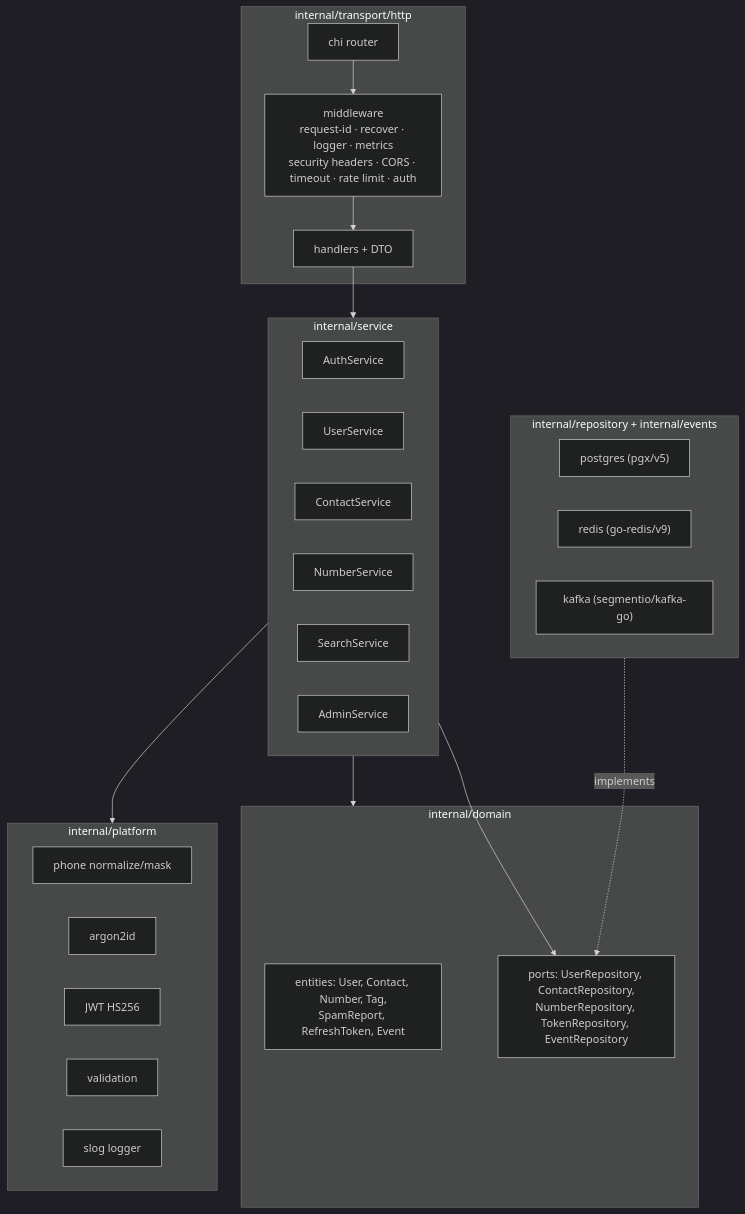
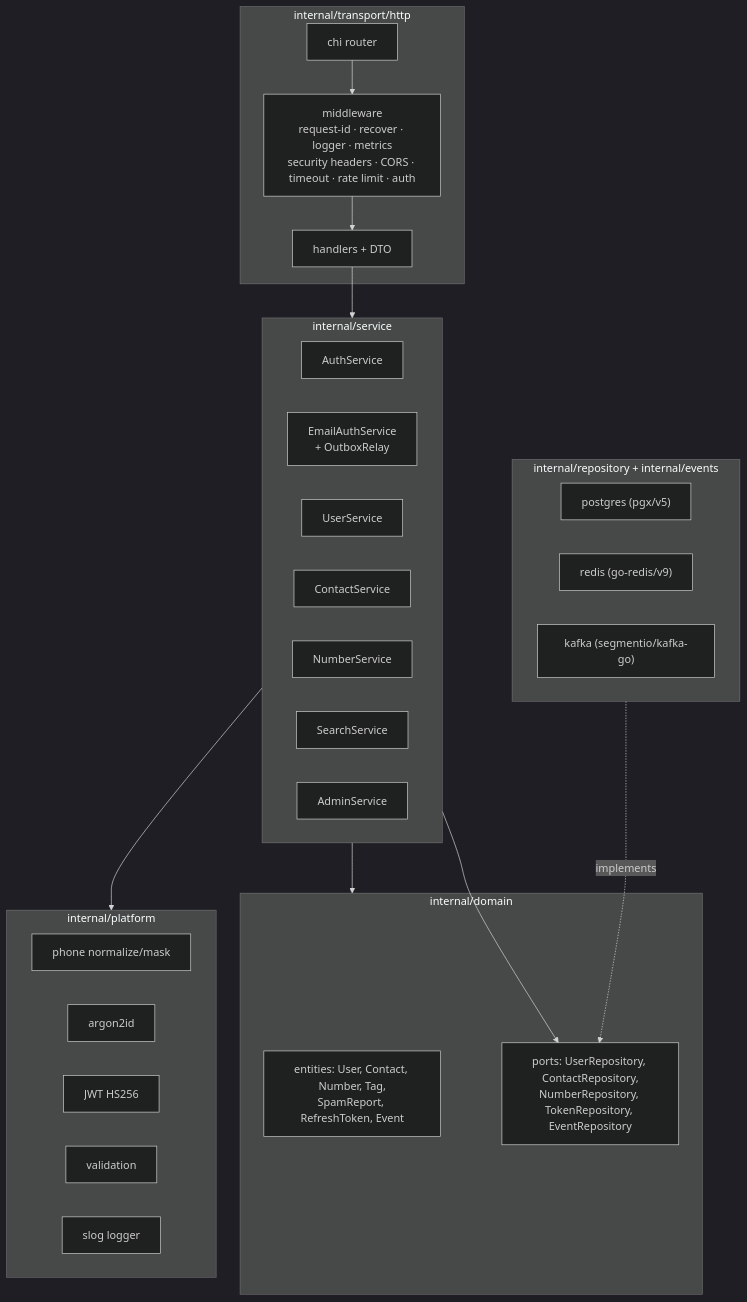
One commit to JamikKhidirov/GetContactBackend changed the first of 7 diagrams in docs/ARCHITECTURE.md. Above: the diagram before and after it, drawn with Mermaid (dark theme). The commit also changed other lines of this file and 33 other files, not shown here.

Commit message:
feat: email OTP auth with transactional outbox and HTML emails

````diff
--- a/docs/ARCHITECTURE.md
+++ b/docs/ARCHITECTURE.md
@@ -26,42 +27,43 @@
 ```mermaid
 flowchart TB
     subgraph Transport["internal/transport/http"]
         RT["chi router"]
         MW["middleware<br/>request-id · recover · logger · metrics<br/>security headers · CORS · timeout · rate limit · auth"]
         H["handlers + DTO"]
     end
 
     subgraph Service["internal/service"]
         AS["AuthService"]
+        ES["EmailAuthService<br/>+ OutboxRelay"]
         US["UserService"]
         CS["ContactService"]
         NS["NumberService"]
         SS["SearchService"]
         ADS["AdminService"]
     end
 
     subgraph Domain["internal/domain"]
         E["entities: User, Contact, Number, Tag,<br/>SpamReport, RefreshToken, Event"]
         P["ports: UserRepository, ContactRepository,<br/>NumberRepository, TokenRepository, EventRepository"]
     end
 
     subgraph Adapters["internal/repository + internal/events"]
         PG["postgres (pgx/v5)"]
         RD["redis (go-redis/v9)"]
         KF["kafka (segmentio/kafka-go)"]
     end
 
     subgraph Platform["internal/platform"]
         PH["phone normalize/mask"]
         PW["argon2id"]
         TK["JWT HS256"]
         VL["validation"]
         LG["slog logger"]
     end
 
     RT --> MW --> H --> Service
     Service --> Domain
     Service --> Platform
     Adapters -. implements .-> P
     Service --> P
 ```
````
